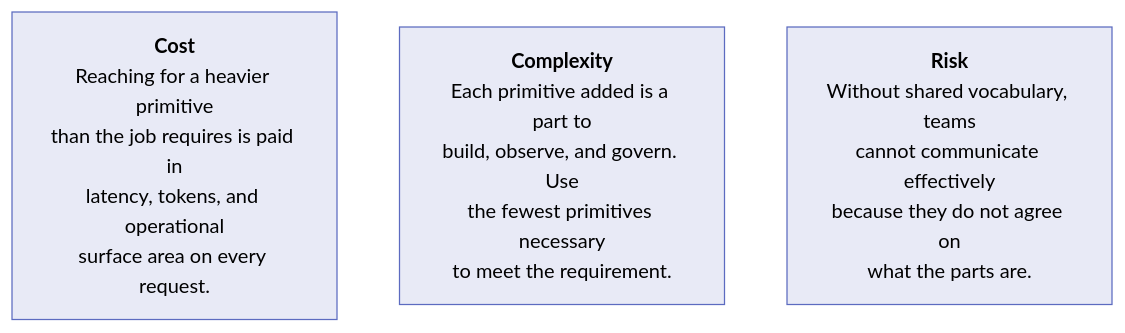
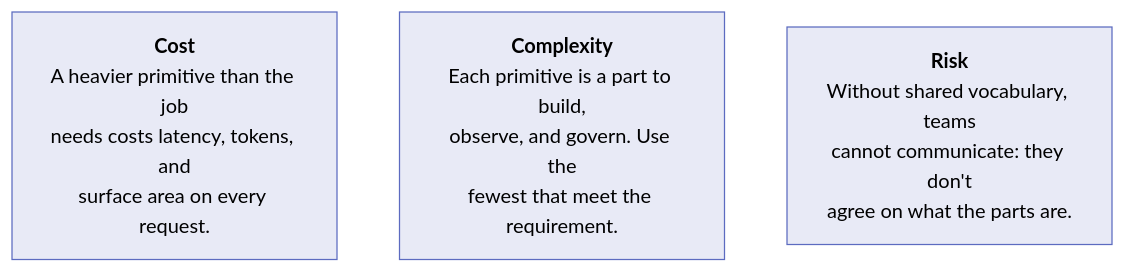
Before and after one commit to shreyabaid007/Claude-Certified-Architect: the third of 4 diagrams in Professional/01-Claude-Platform-and-Solution-Design/02-Platform-Map-and-Primitives.md, drawn with Mermaid. The commit also changed other lines of this file and 4 other files, not shown here.

````diff
--- a/Professional/01-Claude-Platform-and-Solution-Design/02-Platform-Map-and-Primitives.md
+++ b/Professional/01-Claude-Platform-and-Solution-Design/02-Platform-Map-and-Primitives.md
@@ -102,10 +119,10 @@
 ```mermaid
 flowchart LR
     classDef risk fill:#e8eaf6,stroke:#5c6bc0,color:#000
 
-    C["<b>Cost</b><br/>Reaching for a heavier primitive<br/>than the job requires is paid in<br/>latency, tokens, and operational<br/>surface area on every request."]:::risk
-    X["<b>Complexity</b><br/>Each primitive added is a part to<br/>build, observe, and govern. Use<br/>the fewest primitives necessary<br/>to meet the requirement."]:::risk
-    R["<b>Risk</b><br/>Without shared vocabulary, teams<br/>cannot communicate effectively<br/>because they do not agree on<br/>what the parts are."]:::risk
+    C["<b>Cost</b><br/>A heavier primitive than the job<br/>needs costs latency, tokens, and<br/>surface area on every request."]:::risk
+    X["<b>Complexity</b><br/>Each primitive is a part to build,<br/>observe, and govern. Use the<br/>fewest that meet the requirement."]:::risk
+    R["<b>Risk</b><br/>Without shared vocabulary, teams<br/>cannot communicate: they don't<br/>agree on what the parts are."]:::risk
 
     C ~~~ X ~~~ R
 ```
````
